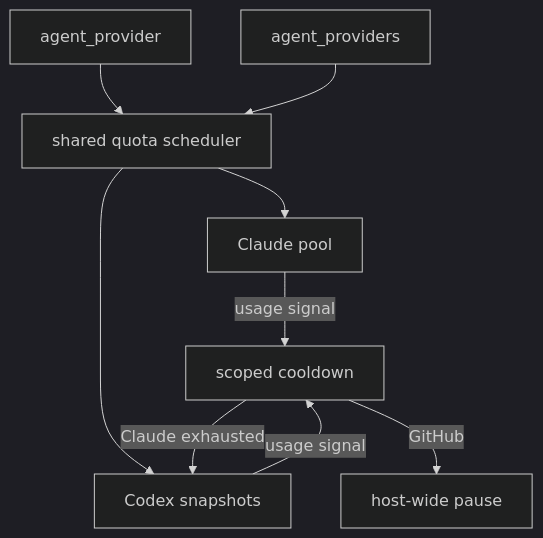
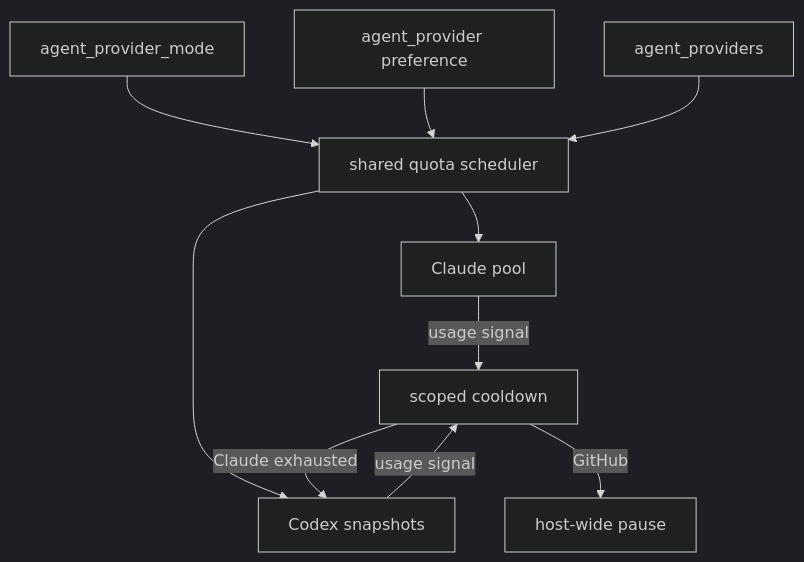
Before and after one commit to stSoftwareAU/VibeCoder: the diagram in docs/PROVIDER-PARITY.md, drawn with Mermaid (dark theme). The commit also changed other lines of this file and 16 other files, not shown here.

````diff
--- a/docs/PROVIDER-PARITY.md
+++ b/docs/PROVIDER-PARITY.md
@@ -13,11 +14,12 @@
 ```mermaid
 flowchart TD
-    P["agent_provider"] --> S["shared quota scheduler"]
+    M["agent_provider_mode"] --> S["shared quota scheduler"]
+    P["agent_provider preference"] --> S
     E["agent_providers"] --> S
     S --> C["Claude pool"]
     S --> X["Codex snapshots"]
     C -->|usage signal| SC["scoped cooldown"]
     X -->|usage signal| SC
     SC -->|Claude exhausted| X
     SC -->|GitHub| H["host-wide pause"]
 ```
````
